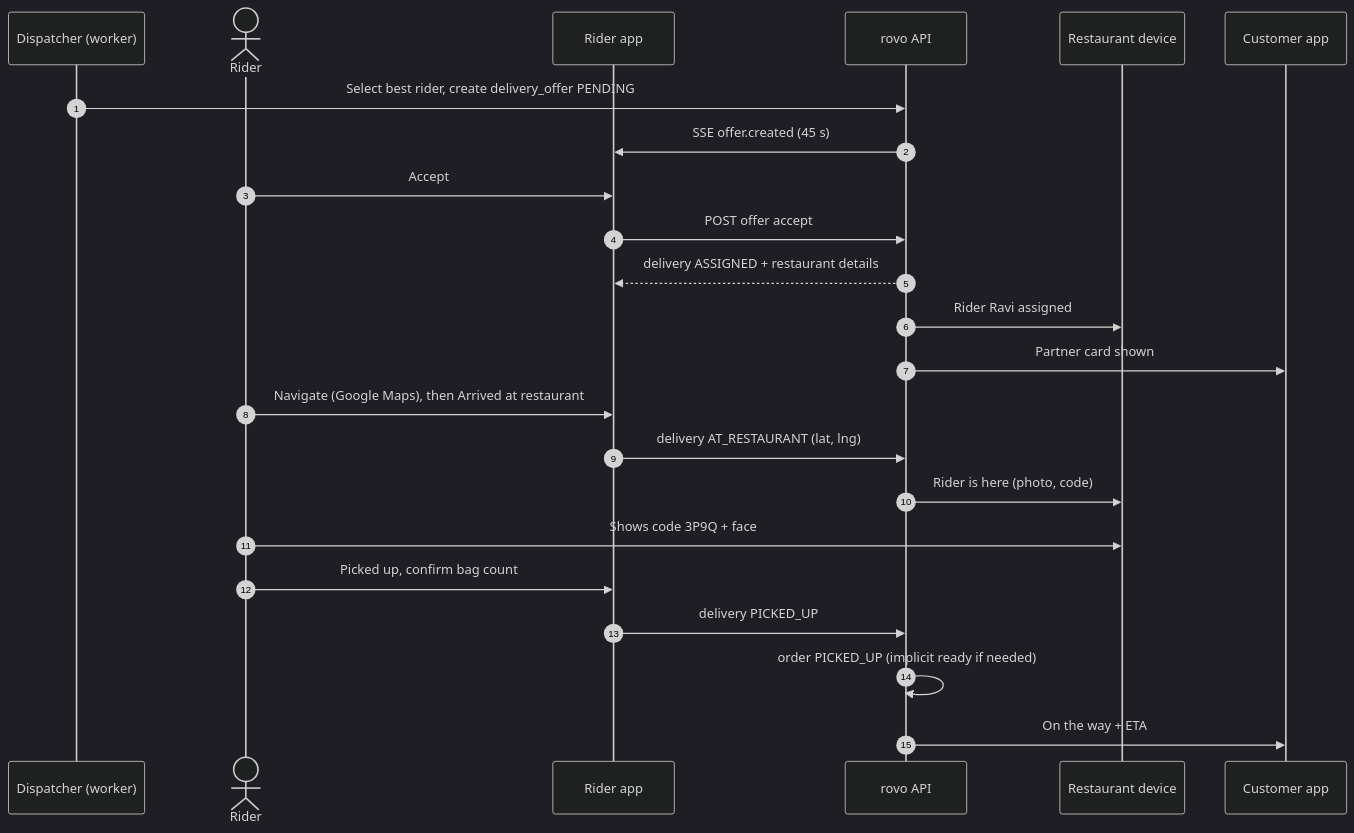
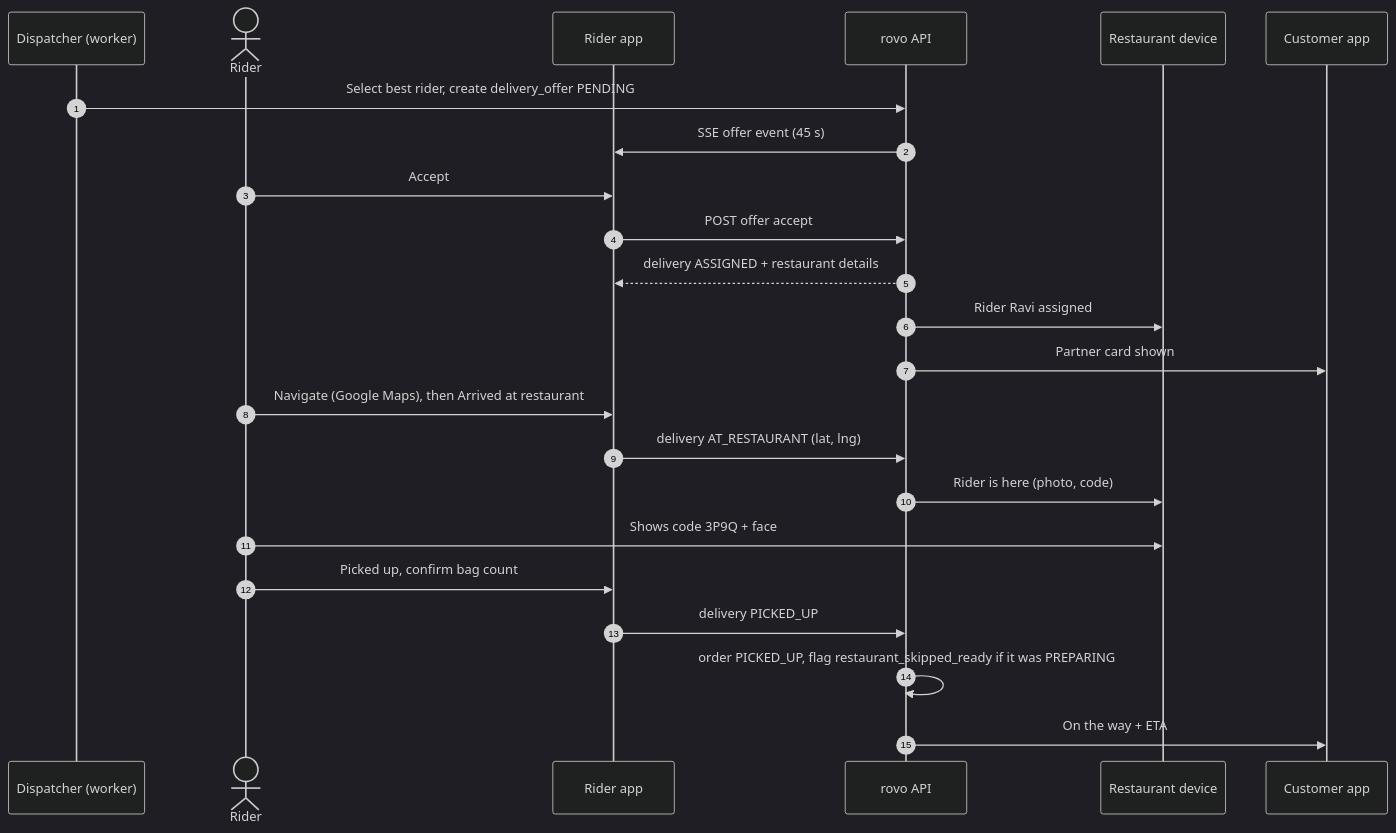
The second of 4 diagrams in docs/planning/06-delivery-workflow.md (storetmobiles2-code/rovo), drawn with Mermaid (dark theme) before and after one commit. The commit also changed other lines of this file and 11 other files, not shown here.

````diff
--- a/docs/planning/06-delivery-workflow.md
+++ b/docs/planning/06-delivery-workflow.md
@@ -170,25 +181,25 @@
 ```mermaid
 sequenceDiagram
     autonumber
     participant D as Dispatcher (worker)
     actor R as Rider
     participant RA as Rider app
     participant API as rovo API
     participant RS as Restaurant device
     participant C as Customer app
     D->>API: Select best rider, create delivery_offer PENDING
-    API->>RA: SSE offer.created (45 s)
+    API->>RA: SSE offer event (45 s)
     R->>RA: Accept
     RA->>API: POST offer accept
     API-->>RA: delivery ASSIGNED + restaurant details
     API->>RS: Rider Ravi assigned
     API->>C: Partner card shown
     R->>RA: Navigate (Google Maps), then Arrived at restaurant
     RA->>API: delivery AT_RESTAURANT (lat, lng)
     API->>RS: Rider is here (photo, code)
     R->>RS: Shows code 3P9Q + face
     R->>RA: Picked up, confirm bag count
     RA->>API: delivery PICKED_UP
-    API->>API: order PICKED_UP (implicit ready if needed)
+    API->>API: order PICKED_UP, flag restaurant_skipped_ready if it was PREPARING
     API->>C: On the way + ETA
 ```
````
